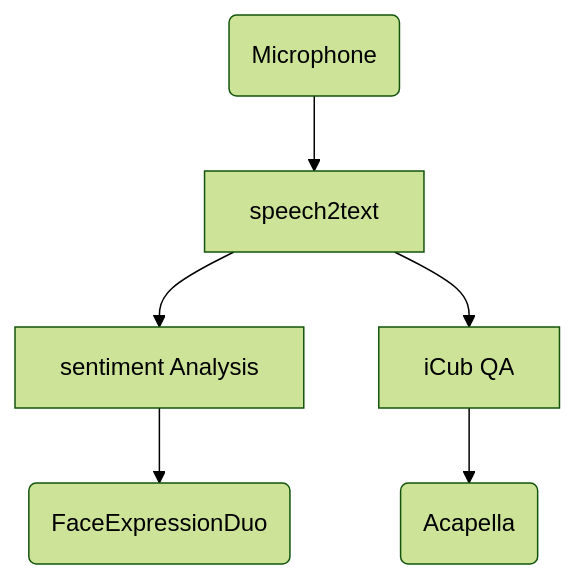
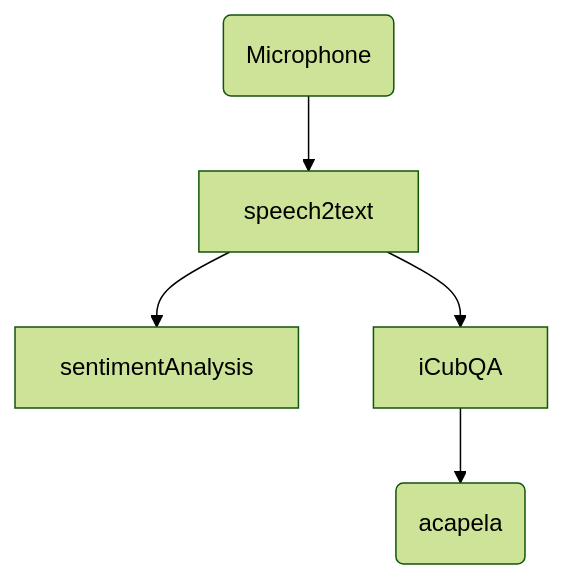
One commit to MissingSignal/iChat changed the diagram in README.md. Above: the diagram before and after it, drawn with Mermaid (forest theme). The commit also changed other lines of this file, not shown here.

```diff
--- a/README.md
+++ b/README.md
@@ -47,9 +71,8 @@
 ::: mermaid
 
 flowchart TD
     A(Microphone) --> B[speech2text]
-    B --> C[sentiment Analysis]
-    B --> E[iCub QA]
-    E --> D(Acapella)
-    C --> F(FaceExpressionDuo)
+    B --> C[sentimentAnalysis]
+    B --> E[iCubQA]
+    E --> D(acapela)
 :::
```
